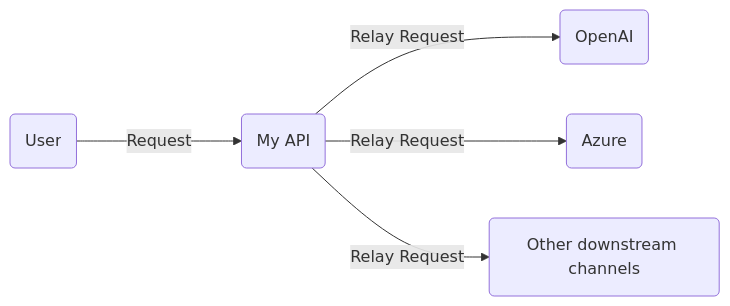
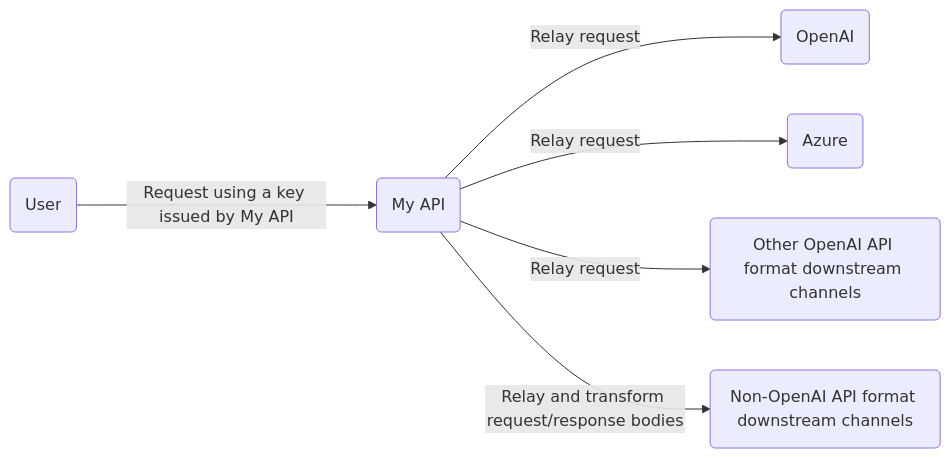
One commit to pai801/myapi changed the diagram in README.en.md. Above: the diagram before and after it, drawn with Mermaid. The commit also changed other lines of this file and 5 other files, not shown here.

````diff
--- a/README.en.md
+++ b/README.en.md
@@ -158,8 +330,9 @@
 ```mermaid
 graph LR
     A(User)
-    A --->|Request| B(My API)
-    B -->|Relay Request| C(OpenAI)
-    B -->|Relay Request| D(Azure)
-    B -->|Relay Request| E(Other downstream channels)
+    A --->|Request using a key issued by My API| B(My API)
+    B -->|Relay request| C(OpenAI)
+    B -->|Relay request| D(Azure)
+    B -->|Relay request| E(Other OpenAI API format downstream channels)
+    B -->|Relay and transform request/response bodies| F(Non-OpenAI API format downstream channels)
 ```
````
